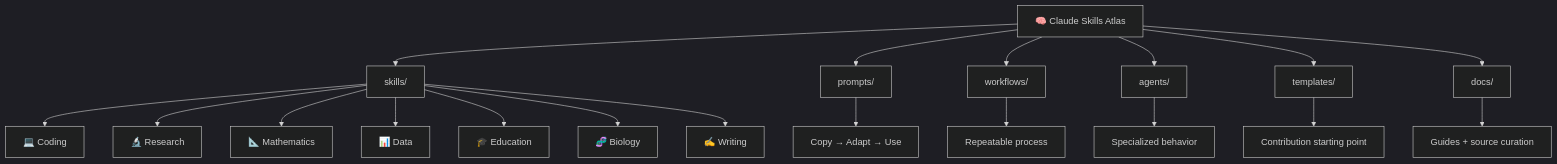
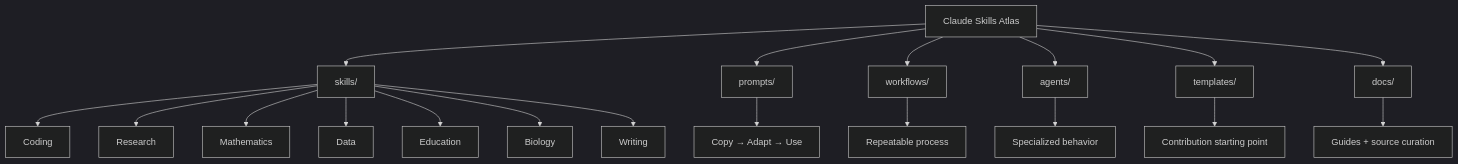
Before and after one commit to SANJANAKUMARI83/claude-skills-atlas: the third of 4 diagrams in docs/diagrams.md, drawn with Mermaid (dark theme). The commit also changed other lines of this file, not shown here.

Commit message:
Remove emojis from docs/diagrams.md

````diff
--- a/docs/diagrams.md
+++ b/docs/diagrams.md
@@ -57,25 +57,25 @@
 ```mermaid
 flowchart TB
-    ATLAS[🧠 Claude Skills Atlas]
+    ATLAS[Claude Skills Atlas]
 
     ATLAS --> SK[skills/]
     ATLAS --> PRM[prompts/]
     ATLAS --> WF[workflows/]
     ATLAS --> AG[agents/]
     ATLAS --> TMP[templates/]
     ATLAS --> DOC[docs/]
 
-    SK --> CODE[💻 Coding]
-    SK --> RES[🔬 Research]
-    SK --> MATH[📐 Mathematics]
-    SK --> DATA[📊 Data]
-    SK --> EDU[🎓 Education]
-    SK --> BIO[🧬 Biology]
-    SK --> WRITE[✍️ Writing]
+    SK --> CODE[Coding]
+    SK --> RES[Research]
+    SK --> MATH[Mathematics]
+    SK --> DATA[Data]
+    SK --> EDU[Education]
+    SK --> BIO[Biology]
+    SK --> WRITE[Writing]
 
     PRM --> REUSE[Copy → Adapt → Use]
     WF --> REPEAT[Repeatable process]
     AG --> SPECIAL[Specialized behavior]
     TMP --> START[Contribution starting point]
     DOC --> GUIDE[Guides + source curation]
 ```
````
